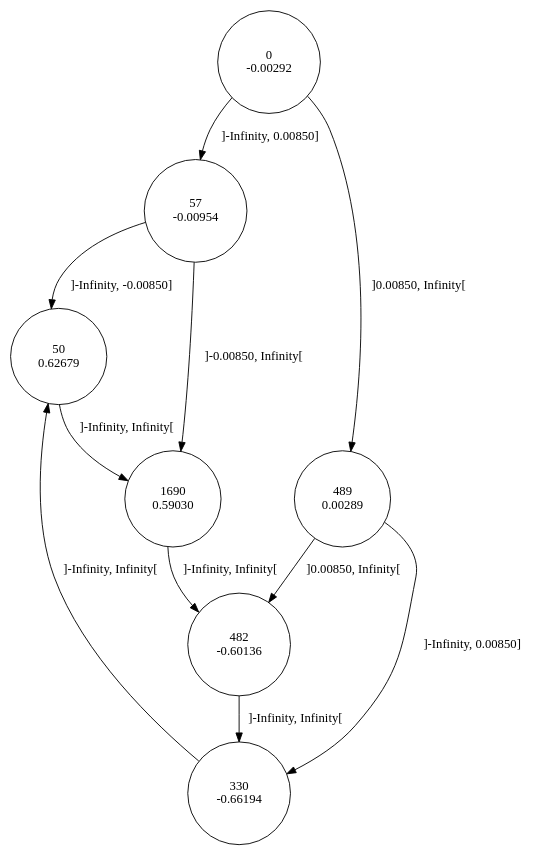
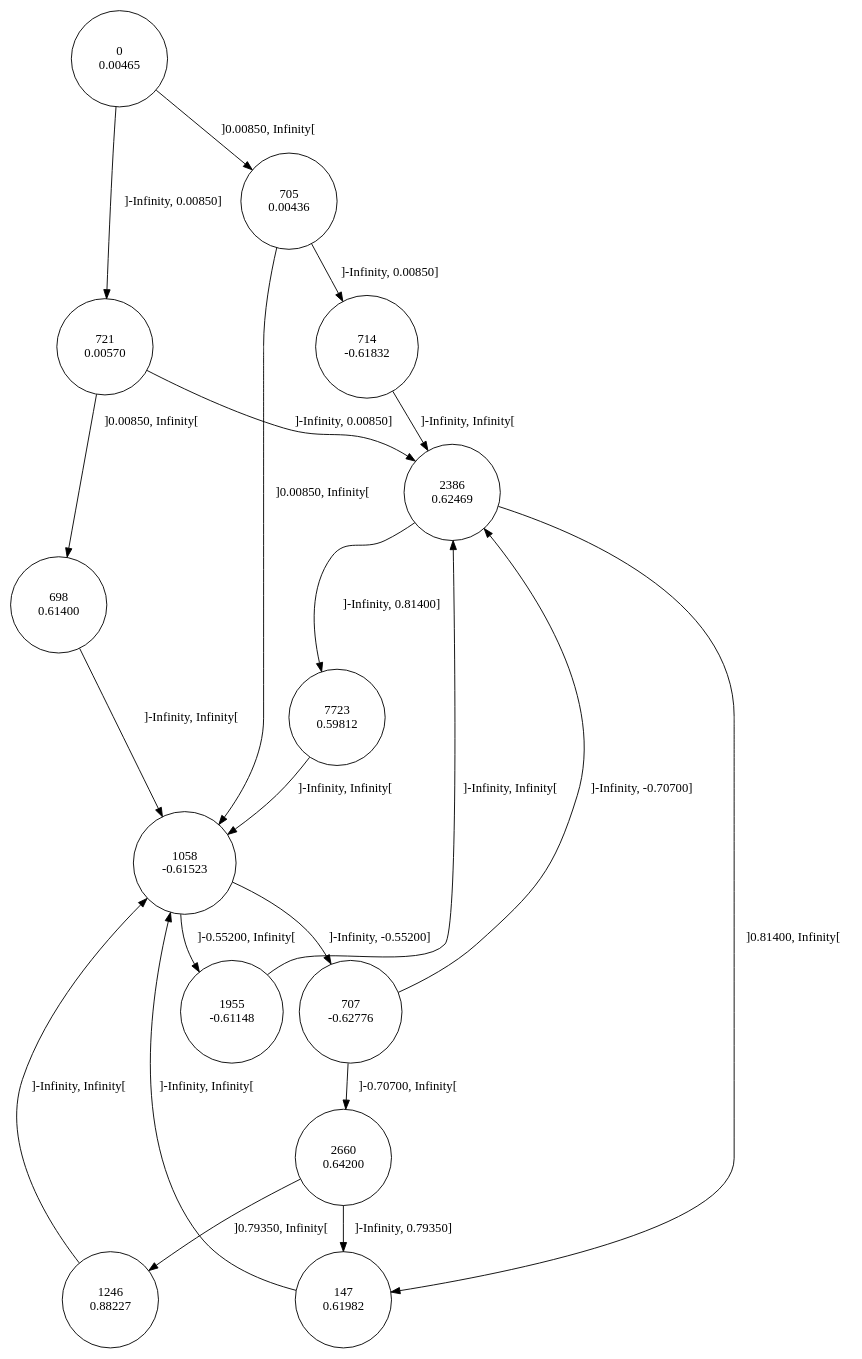
Before and after one commit to gllpellegrino/RAI_experiments: the diagram in sinus/data/3/rai.dot, drawn with Graphviz. The commit also changed 306 other files, not shown here.

```diff
--- a/sinus/data/3/rai.dot
+++ b/sinus/data/3/rai.dot
@@ -1,19 +1,35 @@
 digraph DFA {
-0 [shape=circle, label="0\n-0.00292"];
-	0 -> 57 [label="]-Infinity, 0.00850]"];
-	0 -> 489 [label="]0.00850, Infinity["];
-489 [shape=circle, label="489\n0.00289"];
-	489 -> 330 [label="]-Infinity, 0.00850]"];
-	489 -> 482 [label="]0.00850, Infinity["];
-482 [shape=circle, label="482\n-0.60136"];
-	482 -> 330 [label="]-Infinity, Infinity["];
-330 [shape=circle, label="330\n-0.66194"];
-	330 -> 50 [label="]-Infinity, Infinity["];
-50 [shape=circle, label="50\n0.62679"];
-	50 -> 1690 [label="]-Infinity, Infinity["];
-1690 [shape=circle, label="1690\n0.59030"];
-	1690 -> 482 [label="]-Infinity, Infinity["];
-57 [shape=circle, label="57\n-0.00954"];
-	57 -> 50 [label="]-Infinity, -0.00850]"];
-	57 -> 1690 [label="]-0.00850, Infinity["];
+0 [shape=circle, label="0\n0.00465"];
+	0 -> 721 [label="]-Infinity, 0.00850]"];
+	0 -> 705 [label="]0.00850, Infinity["];
+705 [shape=circle, label="705\n0.00436"];
+	705 -> 714 [label="]-Infinity, 0.00850]"];
+	705 -> 1058 [label="]0.00850, Infinity["];
+1058 [shape=circle, label="1058\n-0.61523"];
+	1058 -> 707 [label="]-Infinity, -0.55200]"];
+	1058 -> 1955 [label="]-0.55200, Infinity["];
+1955 [shape=circle, label="1955\n-0.61148"];
+	1955 -> 2386 [label="]-Infinity, Infinity["];
+2386 [shape=circle, label="2386\n0.62469"];
+	2386 -> 7723 [label="]-Infinity, 0.81400]"];
+	2386 -> 147 [label="]0.81400, Infinity["];
+147 [shape=circle, label="147\n0.61982"];
+	147 -> 1058 [label="]-Infinity, Infinity["];
+7723 [shape=circle, label="7723\n0.59812"];
+	7723 -> 1058 [label="]-Infinity, Infinity["];
+707 [shape=circle, label="707\n-0.62776"];
+	707 -> 2386 [label="]-Infinity, -0.70700]"];
+	707 -> 2660 [label="]-0.70700, Infinity["];
+2660 [shape=circle, label="2660\n0.64200"];
+	2660 -> 147 [label="]-Infinity, 0.79350]"];
+	2660 -> 1246 [label="]0.79350, Infinity["];
+1246 [shape=circle, label="1246\n0.88227"];
+	1246 -> 1058 [label="]-Infinity, Infinity["];
+714 [shape=circle, label="714\n-0.61832"];
+	714 -> 2386 [label="]-Infinity, Infinity["];
+721 [shape=circle, label="721\n0.00570"];
+	721 -> 2386 [label="]-Infinity, 0.00850]"];
+	721 -> 698 [label="]0.00850, Infinity["];
+698 [shape=circle, label="698\n0.61400"];
+	698 -> 1058 [label="]-Infinity, Infinity["];
 }
```
